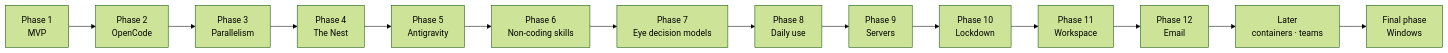
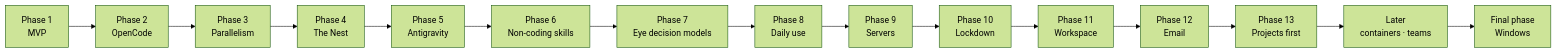
Before and after one commit to ABakdi/Oraknid: the diagram in docs/03-Planning/Roadmap.md, drawn with Mermaid (forest theme). The commit also changed other lines of this file and 7 other files, not shown here.

````diff
--- a/docs/03-Planning/Roadmap.md
+++ b/docs/03-Planning/Roadmap.md
@@ -7,16 +7,17 @@
 ```mermaid
 flowchart LR
     P1[Phase 1<br/>MVP] --> P2[Phase 2<br/>OpenCode]
     P2 --> P3[Phase 3<br/>Parallelism]
     P3 --> P4[Phase 4<br/>The Nest]
     P4 --> P5[Phase 5<br/>Antigravity]
     P5 --> P6[Phase 6<br/>Non-coding skills]
     P6 --> P7[Phase 7<br/>Eye decision models]
     P7 --> P8[Phase 8<br/>Daily use]
     P8 --> P9[Phase 9<br/>Servers]
     P9 --> P10[Phase 10<br/>Lockdown]
     P10 --> P11[Phase 11<br/>Workspace]
     P11 --> P12[Phase 12<br/>Email]
-    P12 --> L[Later<br/>containers · teams]
+    P12 --> P13[Phase 13<br/>Projects first]
+    P13 --> L[Later<br/>containers · teams]
     L --> W[Final phase<br/>Windows]
 ```
````
